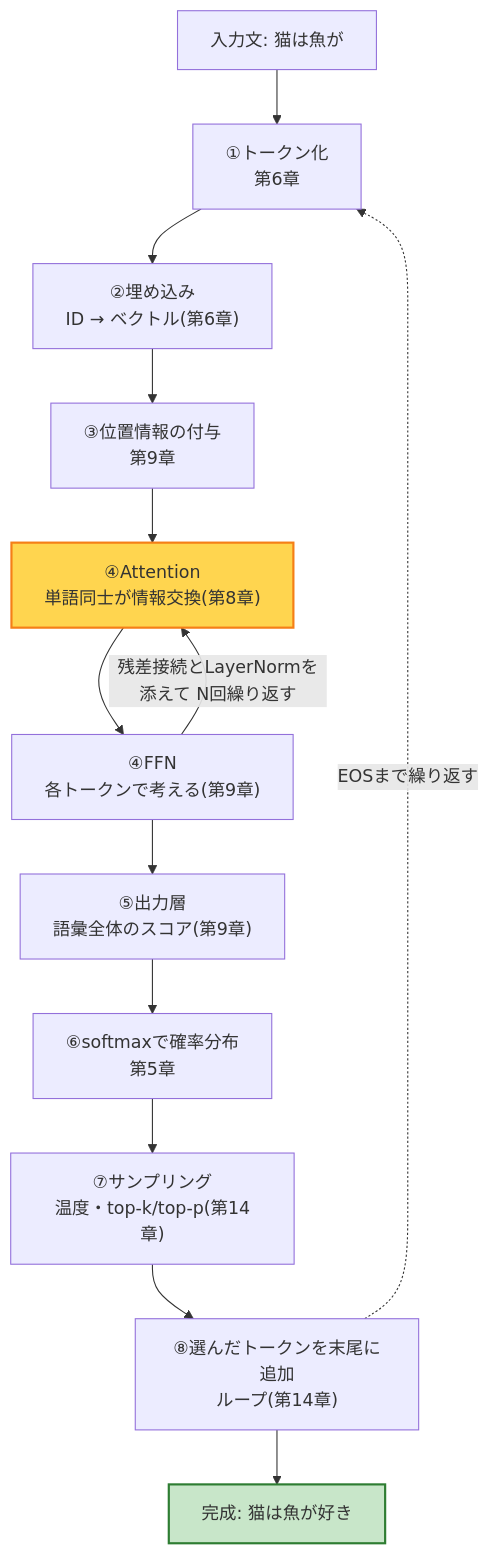
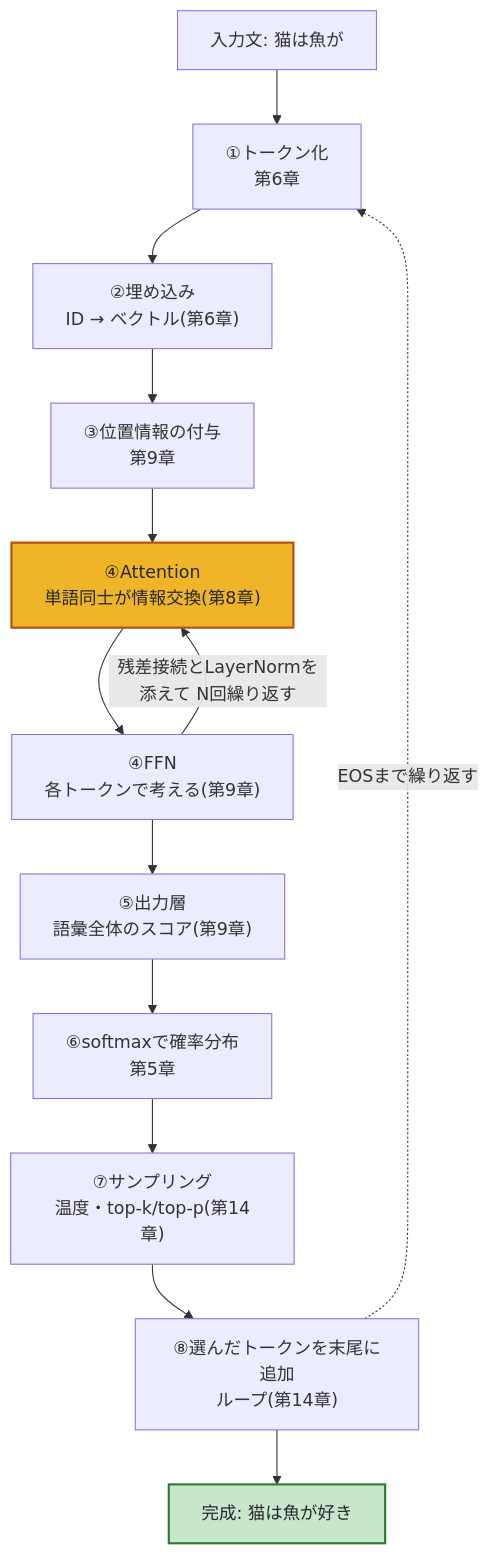
One commit to shin4488/learning-transformer changed the second of 2 diagrams in 16-conclusion-and-next-steps.md. Above: the diagram before and after it, drawn with Mermaid. The commit also changed other lines of this file and 16 other files, not shown here.

````diff
--- a/16-conclusion-and-next-steps.md
+++ b/16-conclusion-and-next-steps.md
@@ -162,17 +86,17 @@
 ```mermaid
 graph TD
     A["入力文: 猫は魚が"] --> B["①トークン化<br>第6章"]
     B --> C["②埋め込み<br>ID → ベクトル(第6章)"]
     C --> D["③位置情報の付与<br>第9章"]
     D --> E["④Attention<br>単語同士が情報交換(第8章)"]
     E --> F["④FFN<br>各トークンで考える(第9章)"]
     F -- "残差接続とLayerNormを添えて N回繰り返す" --> E
     F --> G["⑤出力層<br>語彙全体のスコア(第9章)"]
     G --> H["⑥softmaxで確率分布<br>第5章"]
     H --> I["⑦サンプリング<br>温度・top-k/top-p(第14章)"]
     I --> J["⑧選んだトークンを末尾に追加<br>ループ(第14章)"]
     J -. "EOSまで繰り返す" .-> B
     J --> K["完成: 猫は魚が好き"]
-    style E fill:#ffd54f,stroke:#f57f17,stroke-width:2px
-    style K fill:#c8e6c9,stroke:#2e7d32,stroke-width:2px
+    style E fill:#f0b429,stroke:#b45309,stroke-width:2px,color:#24292f
+    style K fill:#c8e6c9,stroke:#2e7d32,stroke-width:2px,color:#24292f
 ```
````
